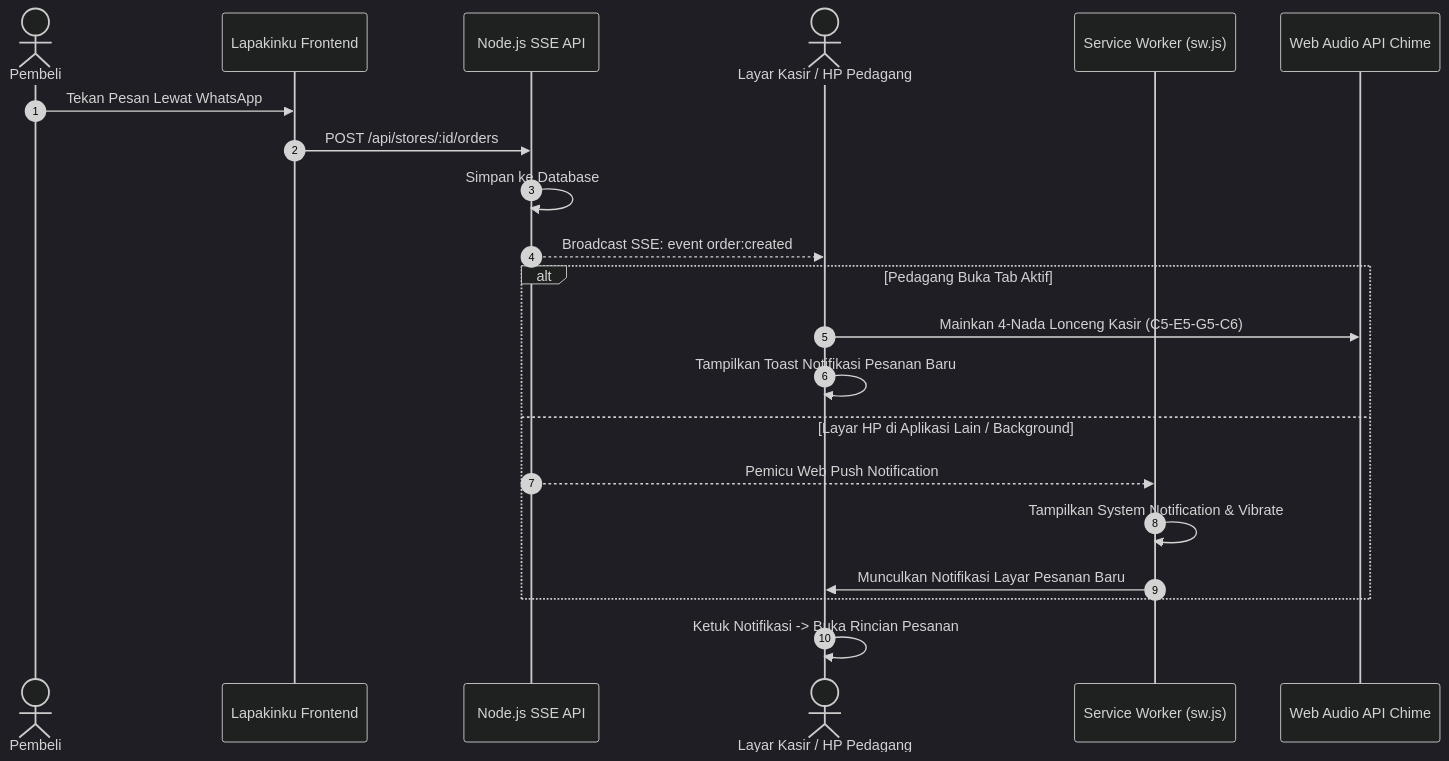
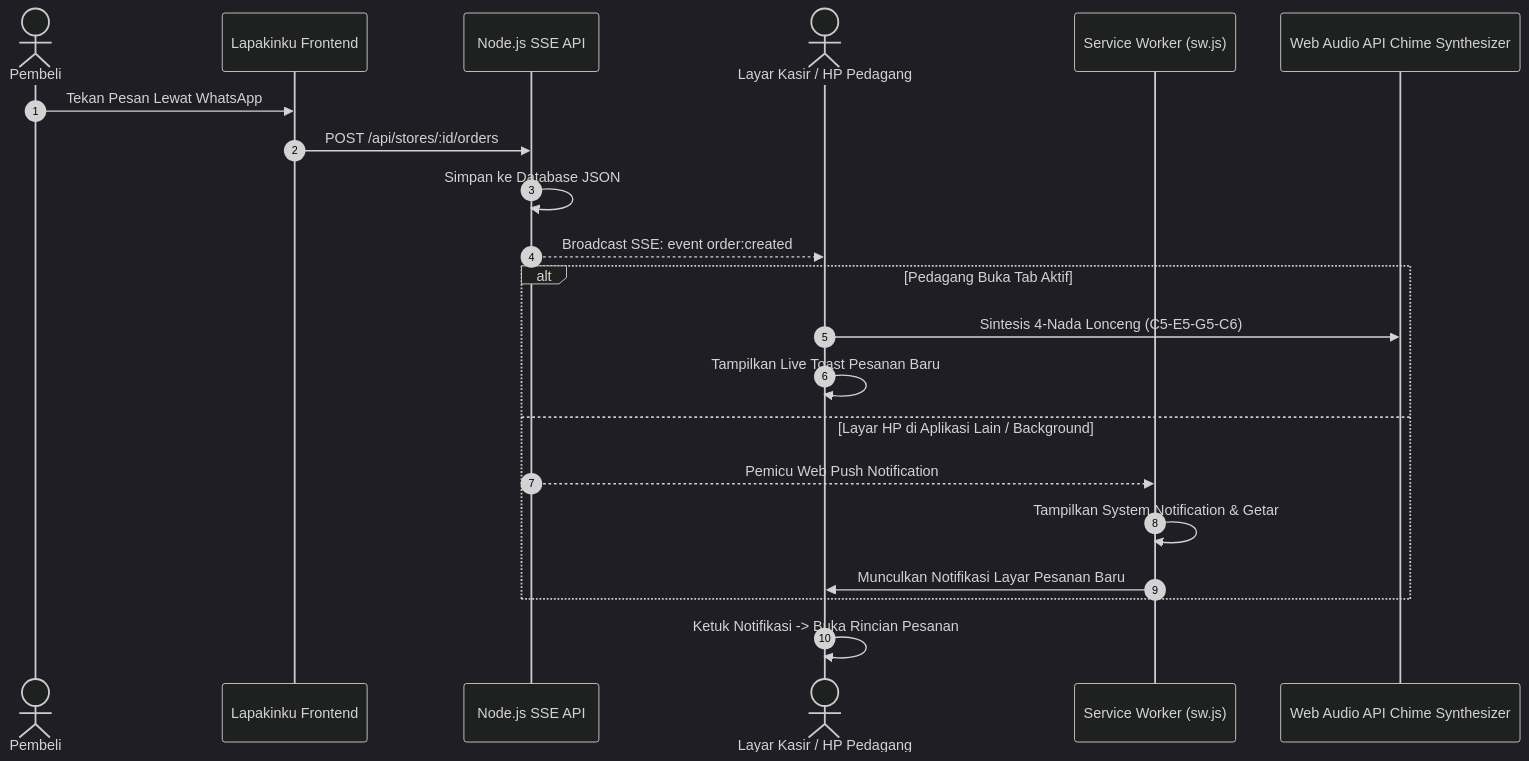
Before and after one commit to MohammadNasrullohh/lapakinku: the fifth of 5 diagrams in README.md, drawn with Mermaid (dark theme). The commit also changed other lines of this file and 6 other files, not shown here.

Commit message:
docs: update comprehensive 12-feature matrix, live UI screenshots, and WhatsApp gateway architecture

````diff
--- a/README.md
+++ b/README.md
@@ -177,26 +232,26 @@
 ```mermaid
 sequenceDiagram
     autonumber
     actor Pembeli
     participant App as Lapakinku Frontend
     participant Server as Node.js SSE API
     actor Pedagang as Layar Kasir / HP Pedagang
     participant SW as Service Worker (sw.js)
-    participant Audio as Web Audio API Chime
+    participant Audio as Web Audio API Chime Synthesizer
 
     Pembeli->>App: Tekan Pesan Lewat WhatsApp
     App->>Server: POST /api/stores/:id/orders
-    Server->>Server: Simpan ke Database
+    Server->>Server: Simpan ke Database JSON
     Server-->>Pedagang: Broadcast SSE: event order:created
     
     alt Pedagang Buka Tab Aktif
-        Pedagang->>Audio: Mainkan 4-Nada Lonceng Kasir (C5-E5-G5-C6)
-        Pedagang->>Pedagang: Tampilkan Toast Notifikasi Pesanan Baru
+        Pedagang->>Audio: Sintesis 4-Nada Lonceng (C5-E5-G5-C6)
+        Pedagang->>Pedagang: Tampilkan Live Toast Pesanan Baru
     else Layar HP di Aplikasi Lain / Background
         Server-->>SW: Pemicu Web Push Notification
-        SW->>SW: Tampilkan System Notification & Vibrate
+        SW->>SW: Tampilkan System Notification & Getar
         SW->>Pedagang: Munculkan Notifikasi Layar Pesanan Baru
     end
 
     Pedagang->>Pedagang: Ketuk Notifikasi -> Buka Rincian Pesanan
 ```
````
